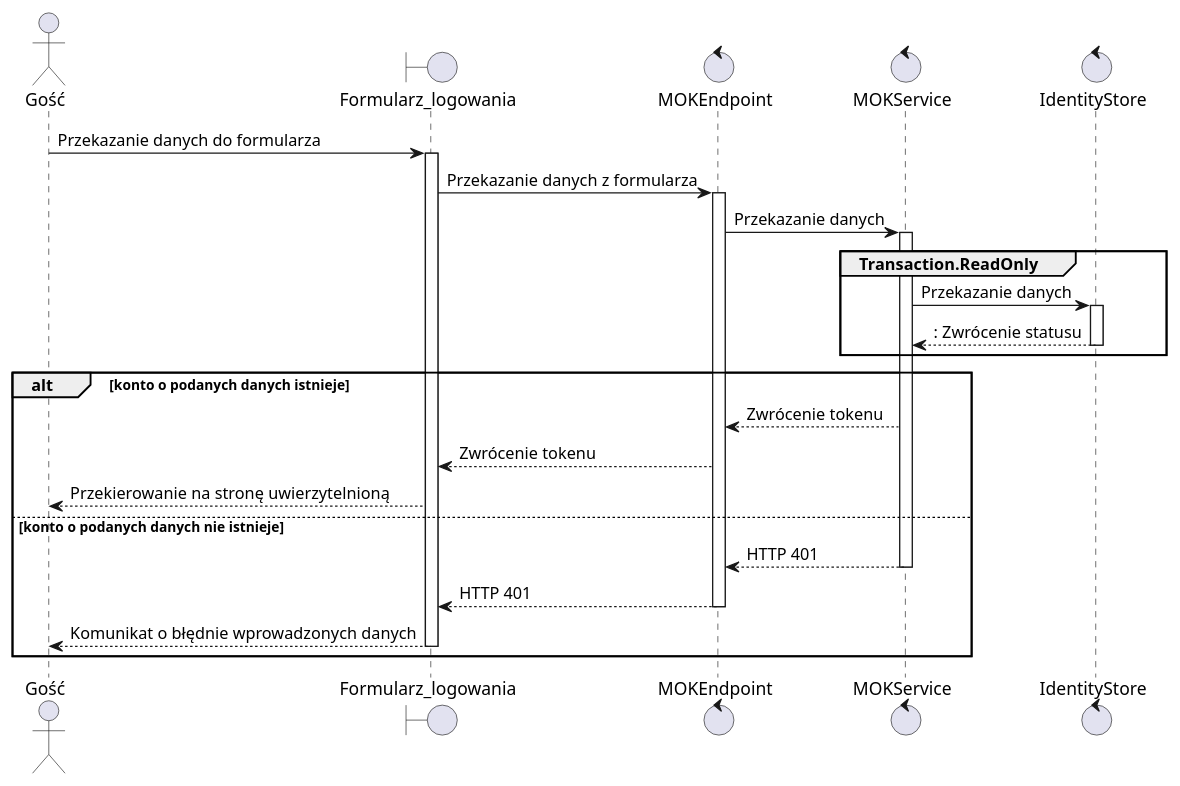
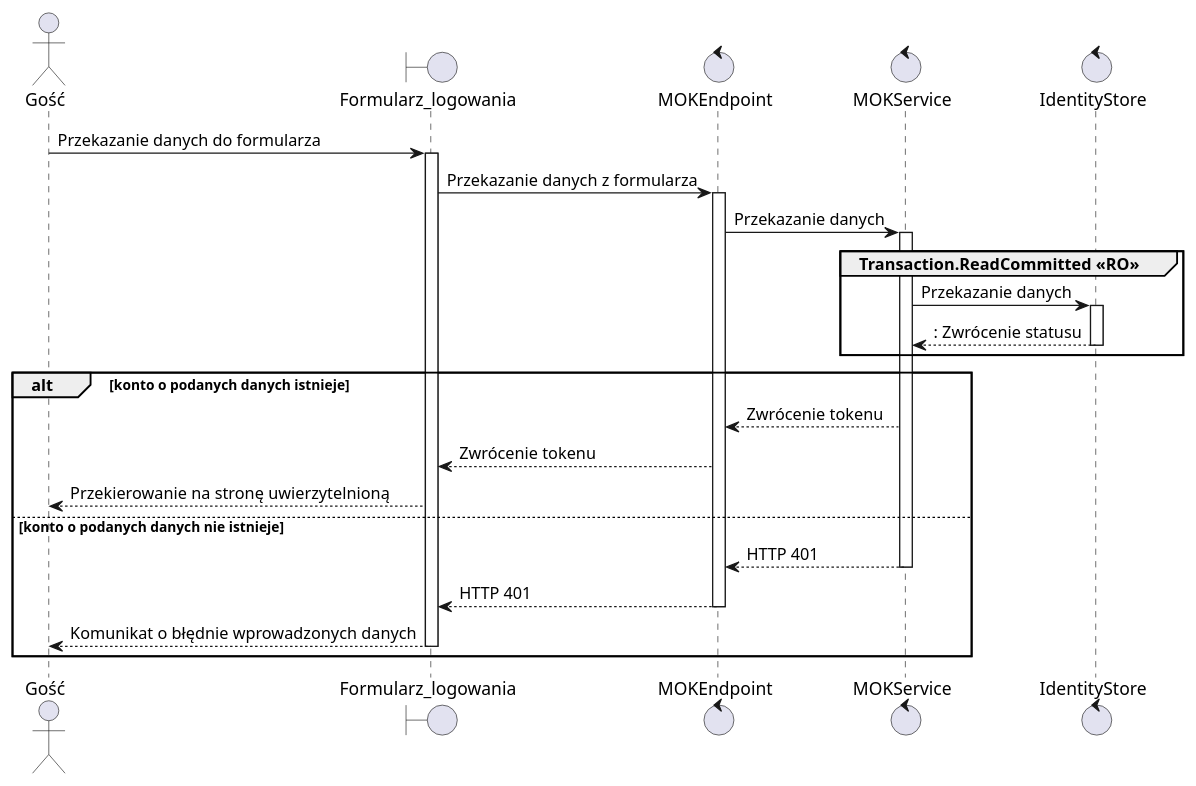
The diagram in src/rozdział 7/mok12.plantuml (TheVivent-Politechnika-Lodzka/ssbd03_kic_uml), drawn with PlantUML before and after one commit.

```diff
--- a/src/rozdział 7/mok12.plantuml
+++ b/src/rozdział 7/mok12.plantuml
@@ -1,33 +1,33 @@
 @startuml sekwencyjny
 
 actor Gość as user
 boundary Formularz_logowania as gui
 control MOKEndpoint as controller
 control MOKService as service
 control IdentityStore as auth
 
 
 
 user -> gui ++ : Przekazanie danych do formularza
 gui -> controller ++ : Przekazanie danych z formularza
 controller -> service ++ : Przekazanie danych
 
 
 
-group  Transaction.ReadOnly
+group  Transaction.ReadCommitted <<RO>>
 service -> auth ++ : Przekazanie danych
 return : Zwrócenie statusu
 end
 alt konto o podanych danych istnieje
 service --> controller : Zwrócenie tokenu
 controller --> gui : Zwrócenie tokenu
 gui --> user : Przekierowanie na stronę uwierzytelnioną 
 
 else konto o podanych danych nie istnieje
     return HTTP 401
     return HTTP 401
     return Komunikat o błędnie wprowadzonych danych 
 end
 
 
 @enduml
```
